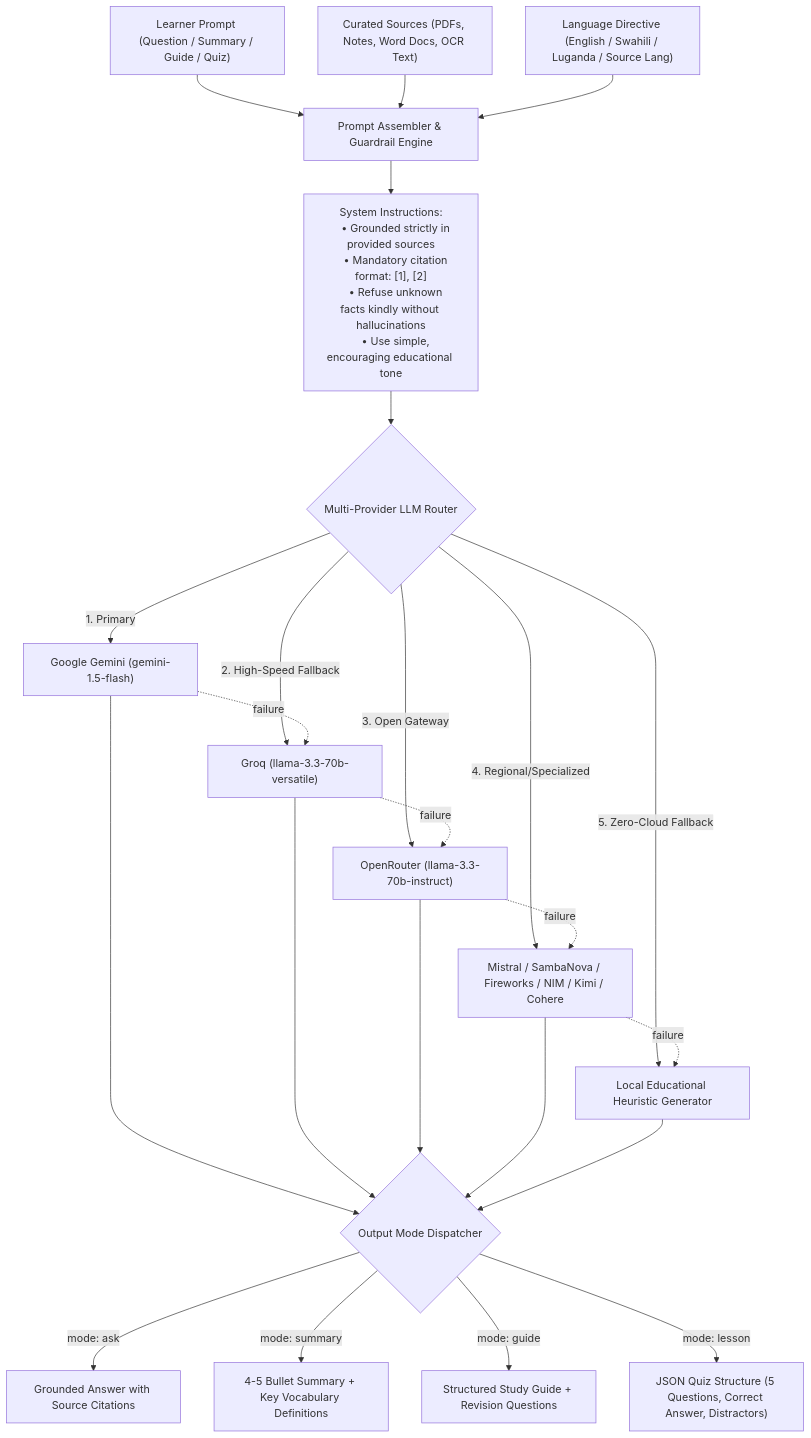
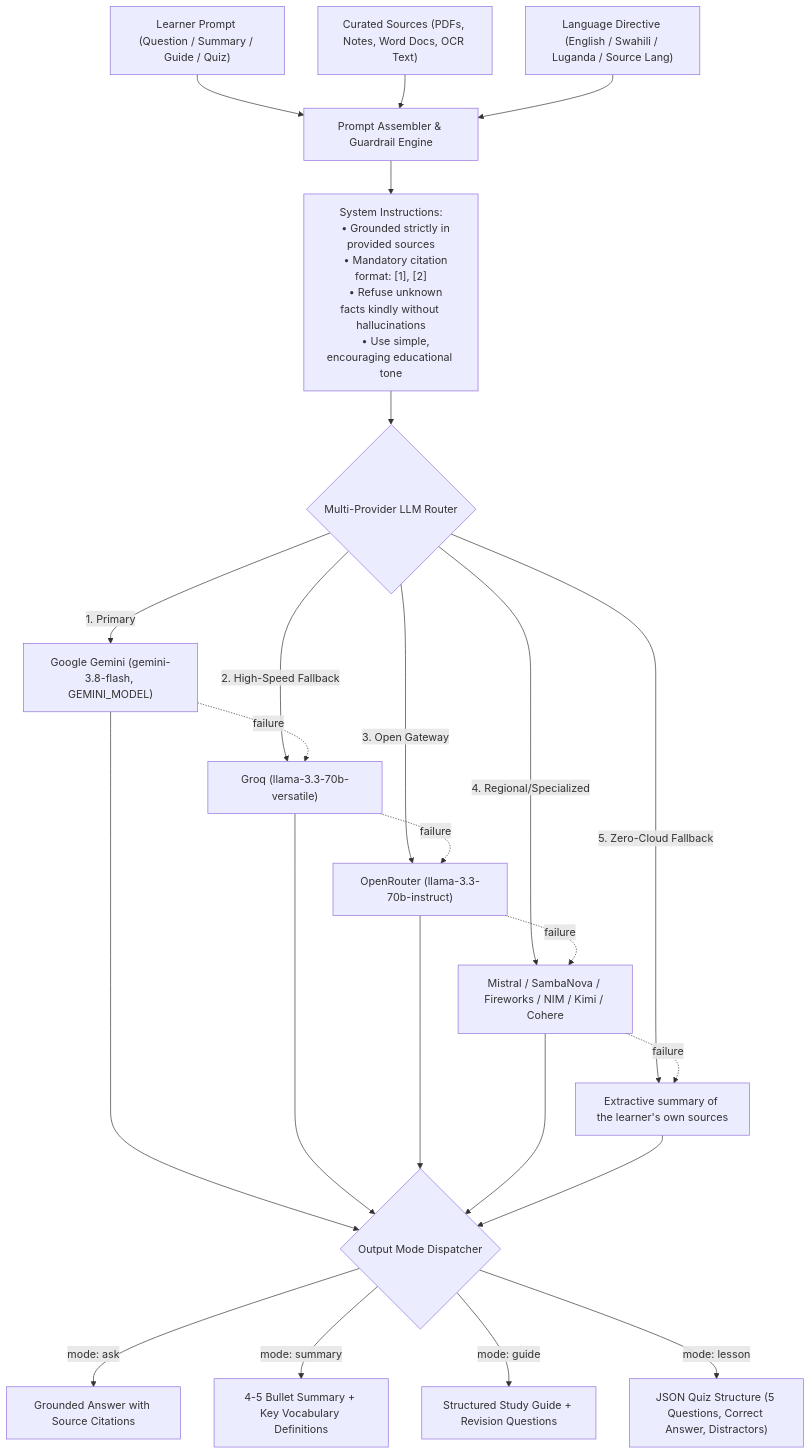
One commit to marthanp/sautika changed the second of 3 diagrams in README.md. Above: the diagram before and after it, drawn with Mermaid. The commit also changed other lines of this file, not shown here.

````diff
--- a/README.md
+++ b/README.md
@@ -154,34 +159,34 @@
 ```mermaid
 flowchart TD
     UserReq["Learner Prompt (Question / Summary / Guide / Quiz)"]
     DocSources["Curated Sources (PDFs, Notes, Word Docs, OCR Text)"]
     LangPref["Language Directive (English / Swahili / Luganda / Source Lang)"]
 
     UserReq & DocSources & LangPref --> PromptEngine["Prompt Assembler & Guardrail Engine"]
     
     PromptEngine --> SystemPrompt["System Instructions:
     • Grounded strictly in provided sources
     • Mandatory citation format: [1], [2]
     • Refuse unknown facts kindly without hallucinations
     • Use simple, encouraging educational tone"]
 
     SystemPrompt --> Router{"Multi-Provider LLM Router"}
 
-    Router -->|1. Primary| P1["Google Gemini (gemini-1.5-flash)"]
+    Router -->|1. Primary| P1["Google Gemini (gemini-3.8-flash, GEMINI_MODEL)"]
     Router -->|2. High-Speed Fallback| P2["Groq (llama-3.3-70b-versatile)"]
     Router -->|3. Open Gateway| P3["OpenRouter (llama-3.3-70b-instruct)"]
     Router -->|4. Regional/Specialized| P4["Mistral / SambaNova / Fireworks / NIM / Kimi / Cohere"]
-    Router -->|5. Zero-Cloud Fallback| P5["Local Educational Heuristic Generator"]
+    Router -->|5. Zero-Cloud Fallback| P5["Extractive summary of the learner's own sources"]
 
     P1 -. failure .-> P2
     P2 -. failure .-> P3
     P3 -. failure .-> P4
     P4 -. failure .-> P5
 
     P1 & P2 & P3 & P4 & P5 --> ModeParser{"Output Mode Dispatcher"}
 
     ModeParser -->|mode: ask| Output1["Grounded Answer with Source Citations"]
     ModeParser -->|mode: summary| Output2["4-5 Bullet Summary + Key Vocabulary Definitions"]
     ModeParser -->|mode: guide| Output3["Structured Study Guide + Revision Questions"]
     ModeParser -->|mode: lesson| Output4["JSON Quiz Structure (5 Questions, Correct Answer, Distractors)"]
 ```
````
